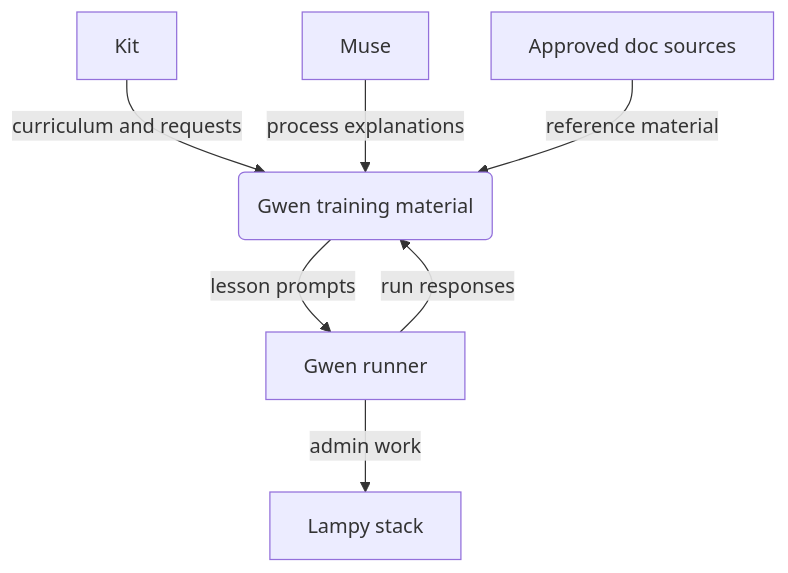
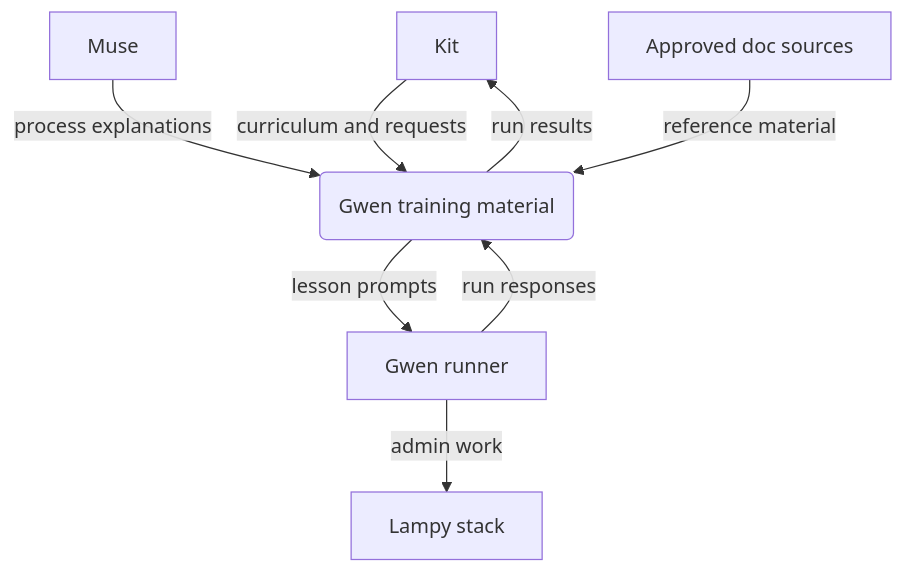
The first of 3 diagrams in docs/architecture.md (cosbykit-afk/gwen-training), drawn with Mermaid before and after one commit. The commit also changed other lines of this file, not shown here.

Commit message:
docs: improve architecture diagrams — grounded context, DFD, and ERD

````diff
--- a/docs/architecture.md
+++ b/docs/architecture.md
@@ -7,15 +21,16 @@
 ```mermaid
 flowchart
     E1["Kit"]
     E2["Muse"]
     E3["Approved doc sources"]
     E4["Gwen runner"]
     E5["Lampy stack"]
     SYS("Gwen training material")
     E1 -->|"curriculum and requests"| SYS
+    SYS -->|"run results"| E1
     E2 -->|"process explanations"| SYS
     E3 -->|"reference material"| SYS
     SYS -->|"lesson prompts"| E4
     E4 -->|"run responses"| SYS
     E4 -->|"admin work"| E5
 ```
````
